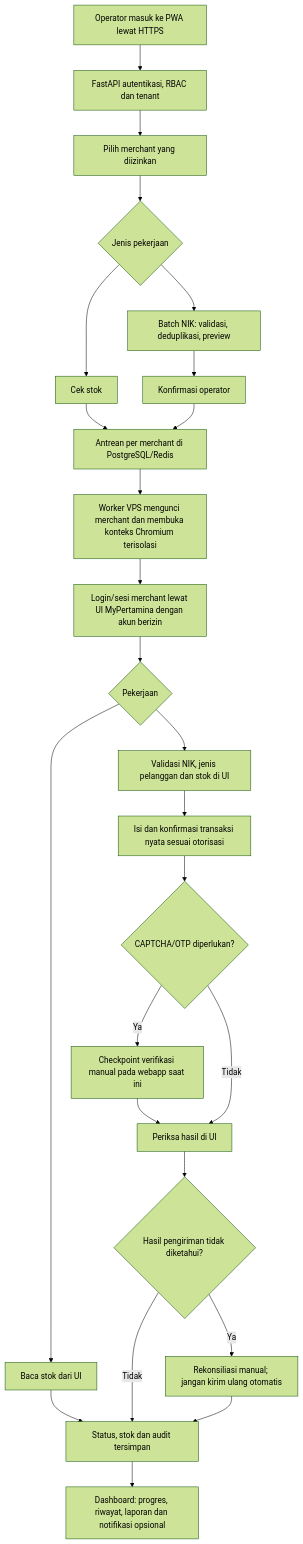
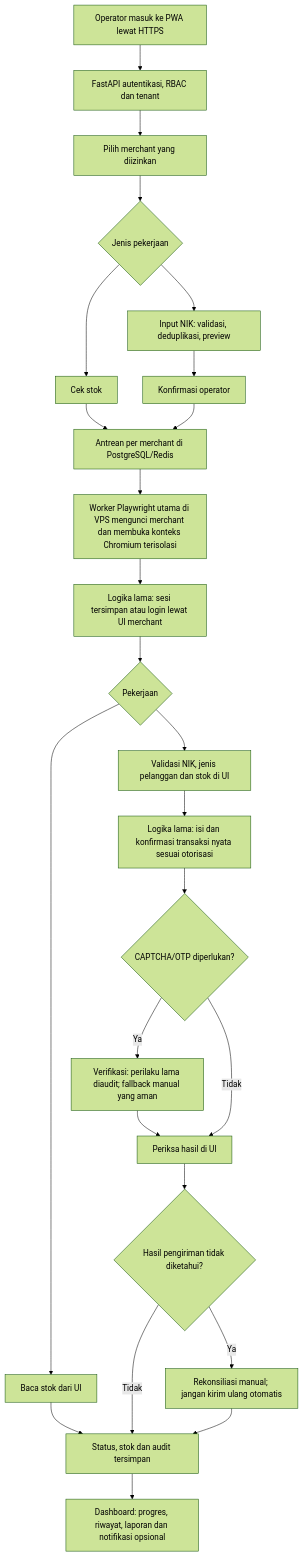
The second of 2 diagrams in FLOW_MAP.md (rigeladex44/mapauto), drawn with Mermaid (forest theme) before and after one commit. The commit also changed other lines of this file, not shown here.

Commit message:
Clarify webapp as replacement interface for legacy Playwright flow

````diff
--- a/FLOW_MAP.md
+++ b/FLOW_MAP.md
@@ -35,27 +37,27 @@
 ```mermaid
 flowchart TD
   U[Operator masuk ke PWA lewat HTTPS] --> A[FastAPI autentikasi, RBAC dan tenant]
   A --> B[Pilih merchant yang diizinkan]
   B --> C{Jenis pekerjaan}
   C --> D[Cek stok]
-  C --> E[Batch NIK: validasi, deduplikasi, preview]
+  C --> E[Input NIK: validasi, deduplikasi, preview]
   E --> F[Konfirmasi operator]
   D --> G[Antrean per merchant di PostgreSQL/Redis]
   F --> G
-  G --> H[Worker VPS mengunci merchant dan membuka konteks Chromium terisolasi]
-  H --> I[Login/sesi merchant lewat UI MyPertamina dengan akun berizin]
+  G --> H[Worker Playwright utama di VPS mengunci merchant dan membuka konteks Chromium terisolasi]
+  H --> I[Logika lama: sesi tersimpan atau login lewat UI merchant]
   I --> J{Pekerjaan}
   J --> K[Baca stok dari UI]
   J --> L[Validasi NIK, jenis pelanggan dan stok di UI]
-  L --> M[Isi dan konfirmasi transaksi nyata sesuai otorisasi]
+  L --> M[Logika lama: isi dan konfirmasi transaksi nyata sesuai otorisasi]
   M --> N{CAPTCHA/OTP diperlukan?}
-  N -- Ya --> O[Checkpoint verifikasi manual pada webapp saat ini]
+  N -- Ya --> O[Verifikasi: perilaku lama diaudit; fallback manual yang aman]
   O --> P[Periksa hasil di UI]
   N -- Tidak --> P
   K --> Q[Status, stok dan audit tersimpan]
   P --> T{Hasil pengiriman tidak diketahui?}
   T -- Tidak --> Q
   Q --> R[Dashboard: progres, riwayat, laporan dan notifikasi opsional]
   T -- Ya --> V[Rekonsiliasi manual; jangan kirim ulang otomatis]
   V --> Q
 ```
````
